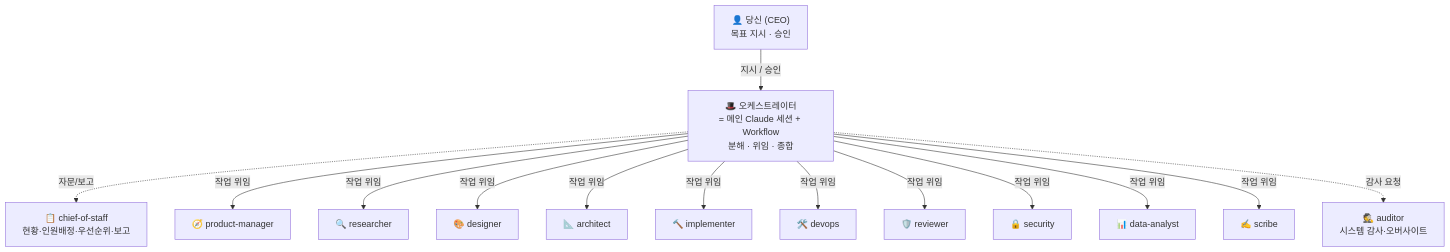
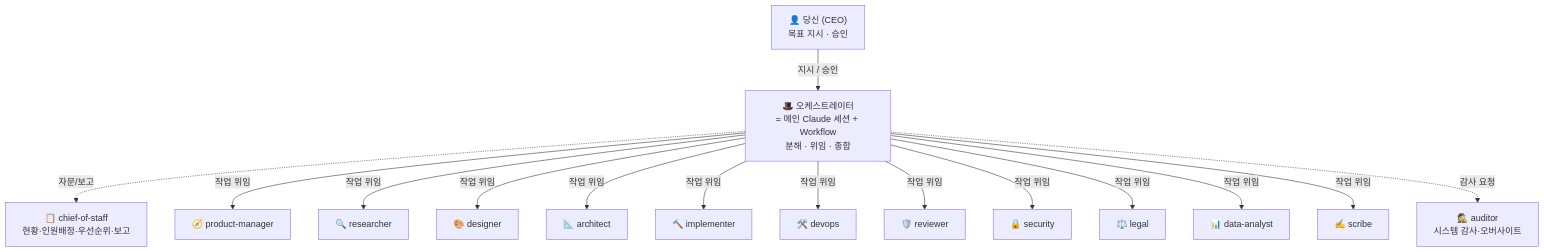
The first of 7 diagrams in docs/사용설명서.md (JaeHyeok-Lim/agent-company), drawn with Mermaid before and after one commit. The commit also changed other lines of this file and 6 other files, not shown here.

````diff
--- a/docs/사용설명서.md
+++ b/docs/사용설명서.md
@@ -29,32 +29,34 @@
 ```mermaid
 flowchart TB
   CEO["👤 당신 (CEO)<br/>목표 지시 · 승인"]
   ORC["🎩 오케스트레이터<br/>= 메인 Claude 세션 + Workflow<br/>분해 · 위임 · 종합"]
   COS["📋 chief-of-staff<br/>현황·인원배정·우선순위·보고"]
   AUD["🕵️ auditor<br/>시스템 감사·오버사이트"]
 
   PM["🧭 product-manager"]
   RE["🔍 researcher"]
   DE["🎨 designer"]
   AR["📐 architect"]
   IM["🔨 implementer"]
   DO["🛠️ devops"]
   RV["🛡️ reviewer"]
   SE["🔒 security"]
+  LG["⚖️ legal"]
   DA["📊 data-analyst"]
   SC["✍️ scribe"]
 
   CEO -->|"지시 / 승인"| ORC
   ORC -. "자문/보고" .-> COS
   ORC -->|"작업 위임"| PM
   ORC -->|"작업 위임"| RE
   ORC -->|"작업 위임"| DE
   ORC -->|"작업 위임"| AR
   ORC -->|"작업 위임"| IM
   ORC -->|"작업 위임"| DO
   ORC -->|"작업 위임"| RV
   ORC -->|"작업 위임"| SE
+  ORC -->|"작업 위임"| LG
   ORC -->|"작업 위임"| DA
   ORC -->|"작업 위임"| SC
   ORC -. "감사 요청" .-> AUD
 ```
````
